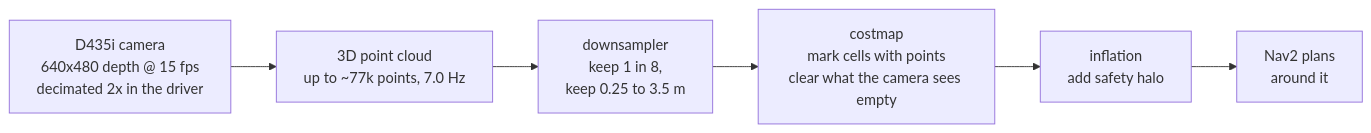
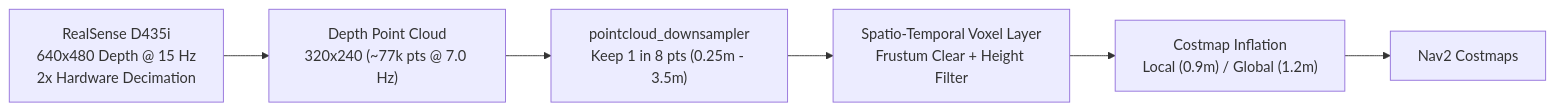
Before and after one commit to Robotics-Club-IIT-BHU/Rover: the second of 5 diagrams in src/athena_gps_nav/ARCHITECTURE.md, drawn with Mermaid. The commit also changed other lines of this file and 25 other files, not shown here.

````diff
--- a/src/athena_gps_nav/ARCHITECTURE.md
+++ b/src/athena_gps_nav/ARCHITECTURE.md
@@ -51,8 +62,8 @@
 ```mermaid
 flowchart LR
-    CAM["D435i camera<br/>640x480 depth @ 15 fps<br/>decimated 2x in the driver"] --> PTS["3D point cloud<br/>up to ~77k points, 7.0 Hz"]
-    PTS --> DS["downsampler<br/>keep 1 in 8,<br/>keep 0.25 to 3.5 m"]
-    DS --> CM["costmap<br/>mark cells with points<br/>clear what the camera sees empty"]
-    CM --> INF["inflation<br/>add safety halo"]
-    INF --> NAV["Nav2 plans<br/>around it"]
+    RS["RealSense D435i<br/>640x480 Depth @ 15 Hz<br/>2x Hardware Decimation"] --> CLOUD["Depth Point Cloud<br/>320x240 (~77k pts @ 7.0 Hz)"]
+    CLOUD --> DS["pointcloud_downsampler<br/>Keep 1 in 8 pts (0.25m - 3.5m)"]
+    DS --> STVL["Spatio-Temporal Voxel Layer<br/>Frustum Clear + Height Filter"]
+    STVL --> INF["Costmap Inflation<br/>Local (0.9m) / Global (1.2m)"]
+    INF --> NAV["Nav2 Costmaps"]
 ```
````
